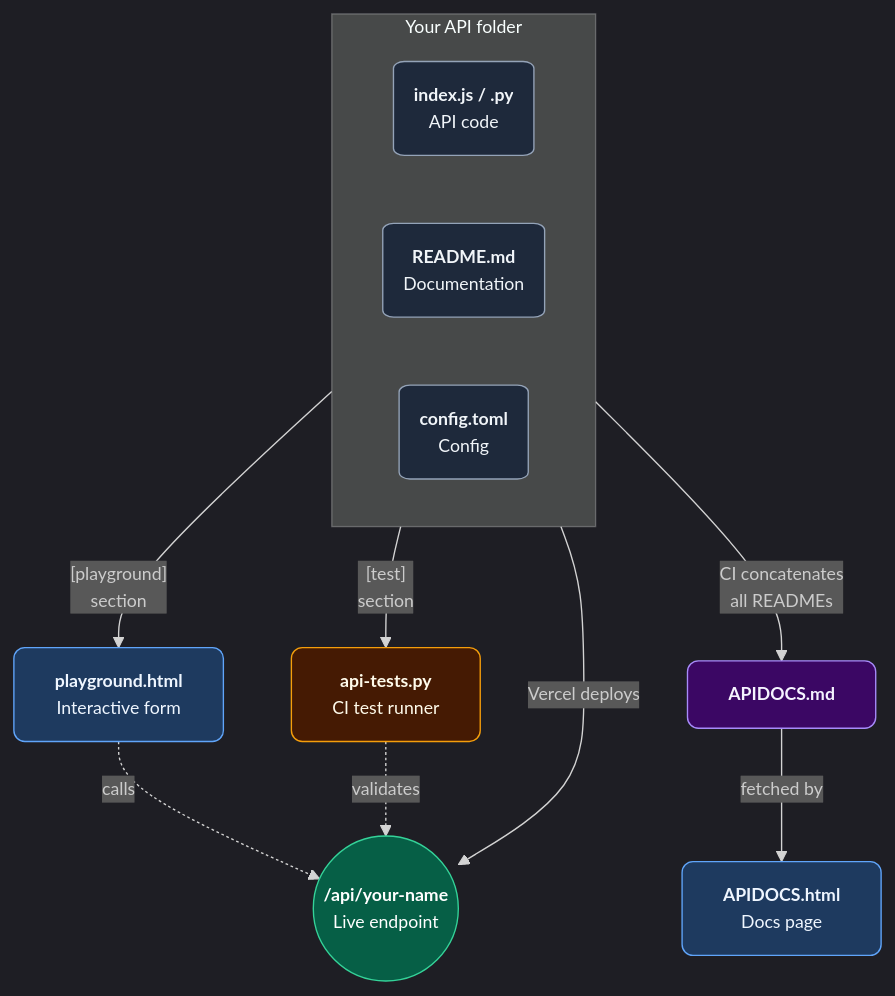
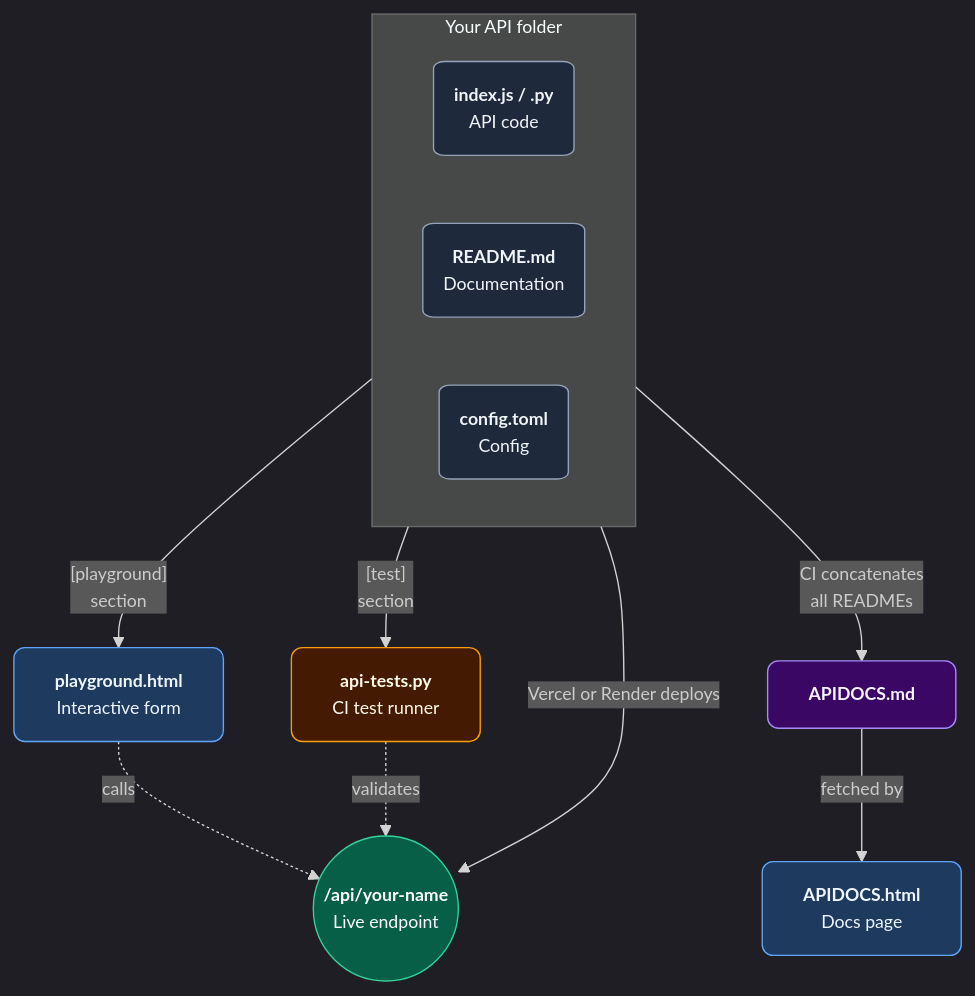
The first of 3 diagrams in docs/STRUCTURE.md (mikl-shortcuts/MIKLIUM), drawn with Mermaid before and after one commit. The commit also changed other lines of this file, not shown here.

````diff
--- a/docs/STRUCTURE.md
+++ b/docs/STRUCTURE.md
@@ -97,27 +97,27 @@
 ```mermaid
 %%{init: {'theme': 'dark', 'themeVariables': {'fontSize': '13px'}}}%%
 flowchart TB
     subgraph YOUR["Your API folder"]
         direction LR
         IDX("<b>index.js / .py</b><br/>API code"):::file
         RM("<b>README.md</b><br/>Documentation"):::file
         CT("<b>config.toml</b><br/>Config"):::file
     end
 
-    IDX -->|"Vercel deploys"| LIVE(("<b>/api/your-name</b><br/>Live endpoint")):::endpoint
+    IDX -->|"Vercel or Render deploys"| LIVE(("<b>/api/your-name</b><br/>Live endpoint")):::endpoint
 
     RM -->|"CI concatenates<br/>all READMEs"| APIDOCS["<b>APIDOCS.md</b>"]:::generated
     APIDOCS -->|"fetched by"| DOCSPAGE["<b>APIDOCS.html</b><br/>Docs page"]:::page
 
     CT -->|"[playground]<br/>section"| PG["<b>playground.html</b><br/>Interactive form"]:::page
     CT -->|"[test]<br/>section"| TESTS["<b>api-tests.py</b><br/>CI test runner"]:::ci
 
     PG -.->|"calls"| LIVE
     TESTS -.->|"validates"| LIVE
 
     classDef file fill:#1e293b,stroke:#94a3b8,color:#f1f5f9,rx:8
     classDef endpoint fill:#065f46,stroke:#34d399,color:#fff,rx:50
     classDef generated fill:#3b0764,stroke:#a78bfa,color:#f5f3ff,rx:8
     classDef page fill:#1e3a5f,stroke:#60a5fa,color:#eff6ff,rx:8
     classDef ci fill:#451a03,stroke:#f59e0b,color:#fffbeb,rx:8
 ```
````
